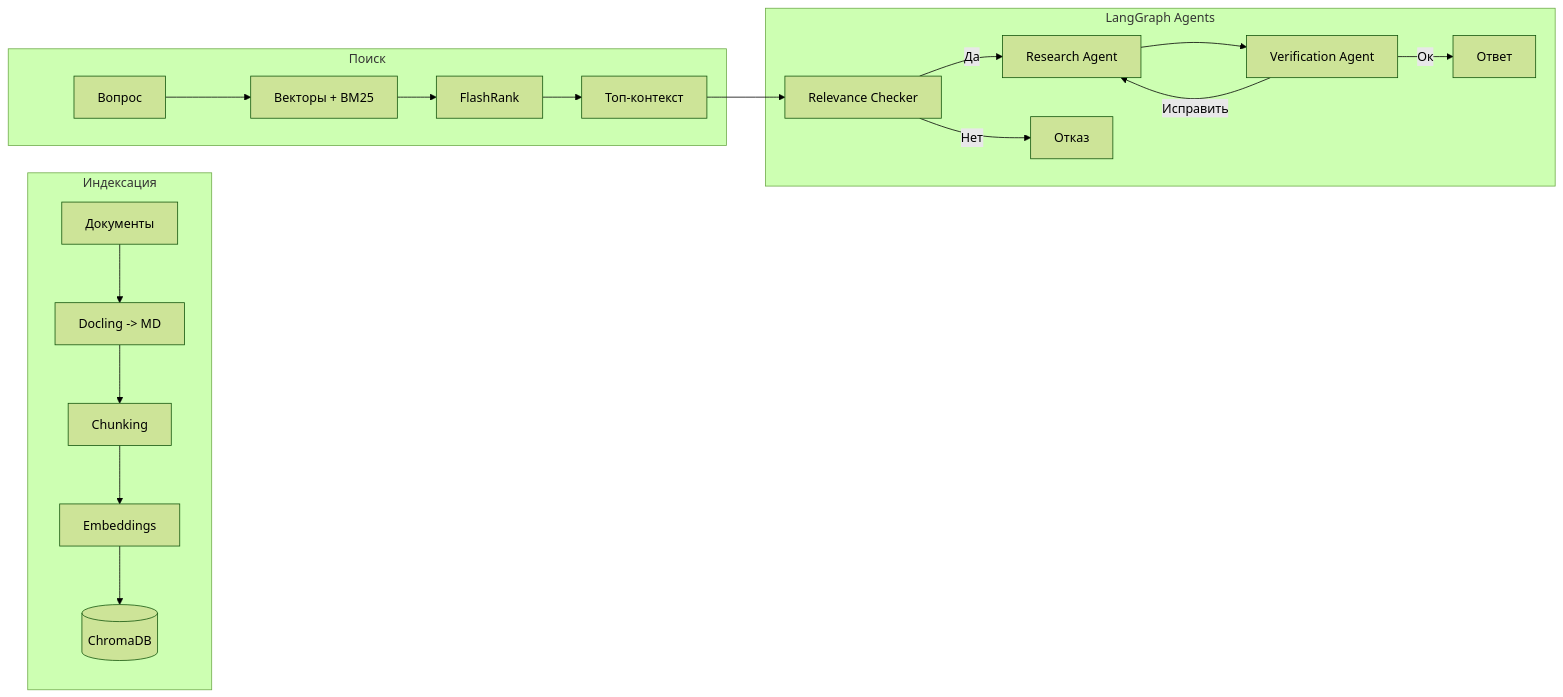
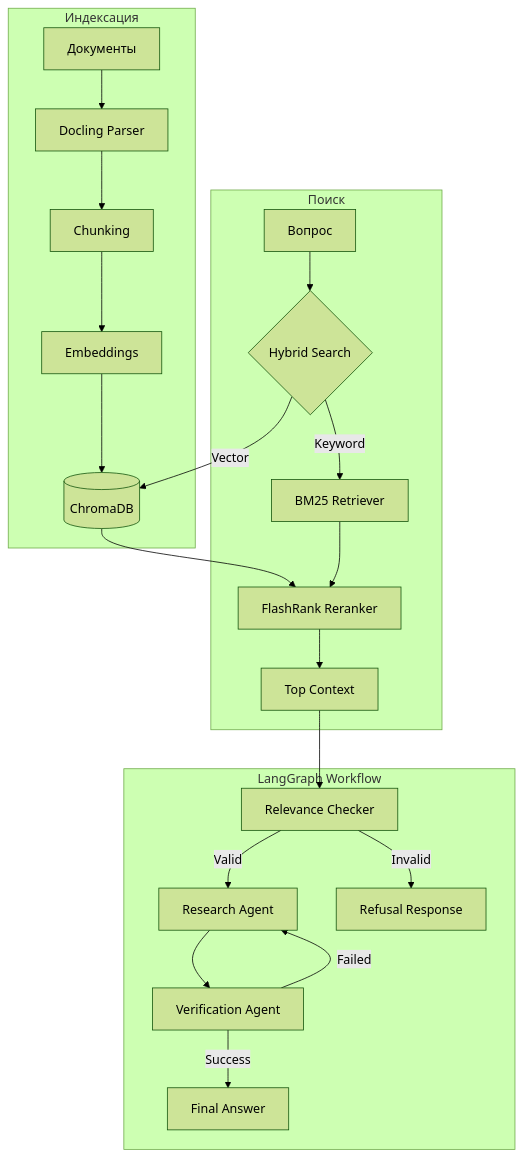
Before and after one commit to spqr-86/safety-incident-analyzer: the diagram in README.md, drawn with Mermaid (forest theme). The commit also changed other lines of this file, not shown here.

````diff
--- a/README.md
+++ b/README.md
@@ -97,24 +120,26 @@
 ```mermaid
-flowchart LR
-    subgraph Ingestion[Индексация]
-        Docs[Документы] --> Docling[Docling -> MD]
+flowchart TD
+    subgraph Ingestion [Индексация]
+        Docs[Документы] --> Docling[Docling Parser]
         Docling --> Split[Chunking]
         Split --> Embed[Embeddings]
         Embed --> DB[(ChromaDB)]
     end
 
-    subgraph Retrieval[Поиск]
-        Query[Вопрос] --> Hybrid[Векторы + BM25]
-        Hybrid --> Rerank[FlashRank]
-        Rerank --> Context[Топ-контекст]
+    subgraph Retrieval [Поиск]
+        Query[Вопрос] --> Search{Hybrid Search}
+        Search --> |Vector| DB
+        Search --> |Keyword| BM25[BM25 Retriever]
+        DB & BM25 --> Rerank[FlashRank Reranker]
+        Rerank --> Context[Top Context]
     end
 
-    subgraph Agents[LangGraph Agents]
+    subgraph Agents [LangGraph Workflow]
         Context --> RC[Relevance Checker]
-        RC -->|Да| RA[Research Agent]
-        RC -->|Нет| Stop[Отказ]
-        RA --> VA[Verification Agent]
-        VA -->|Ок| Answer[Ответ]
-        VA -->|Исправить| RA
+        RC -->|Valid| Research[Research Agent]
+        RC -->|Invalid| Stop[Refusal Response]
+        Research --> Verify[Verification Agent]
+        Verify -->|Success| Final[Final Answer]
+        Verify -->|Failed| Research
     end
 ```
````
